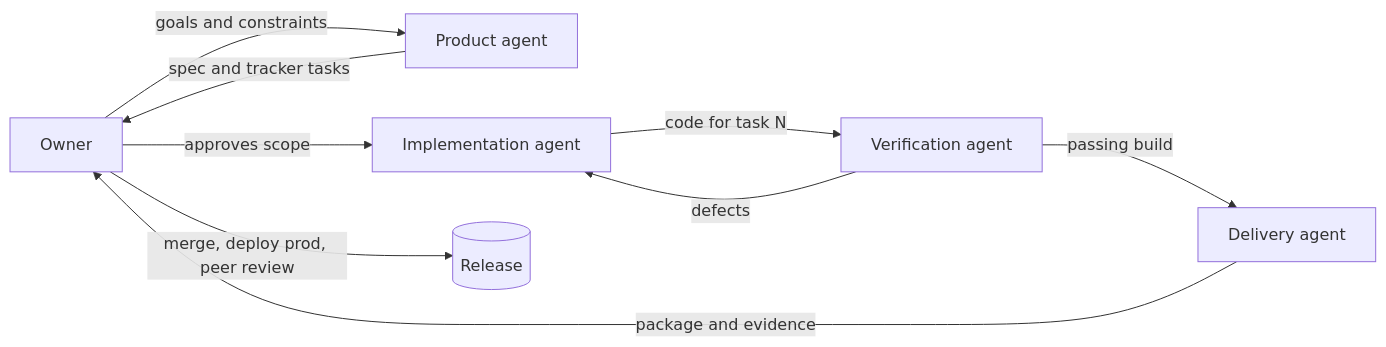
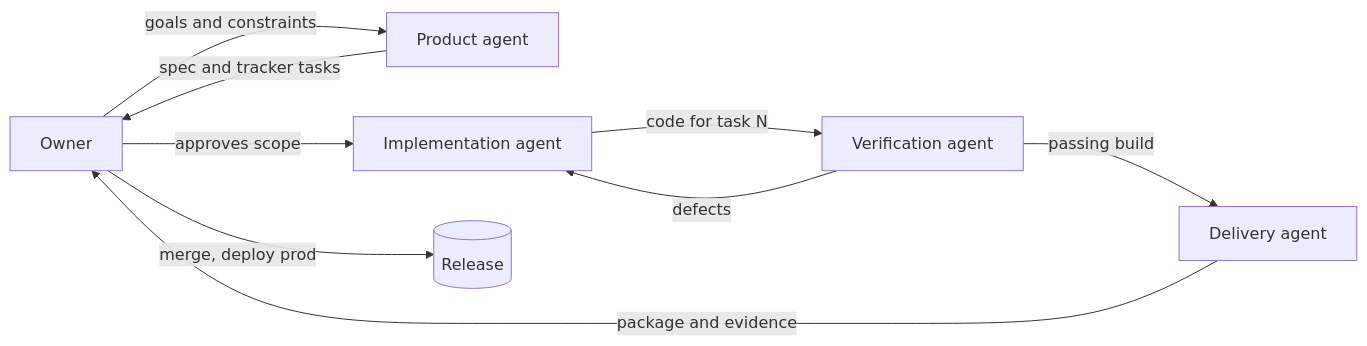
The diagram in docs/agent-team.md (cssaritama/Service-Recovery-Lab), drawn with Mermaid before and after one commit. The commit also changed other lines of this file and 8 other files, not shown here.

````diff
--- a/docs/agent-team.md
+++ b/docs/agent-team.md
@@ -19,11 +19,11 @@
 ```mermaid
 flowchart LR
   O[Owner] -->|goals and constraints| P[Product agent]
   P -->|spec and tracker tasks| O
   O -->|approves scope| I[Implementation agent]
   I -->|code for task N| V[Verification agent]
   V -->|defects| I
   V -->|passing build| D[Delivery agent]
   D -->|package and evidence| O
-  O -->|merge, deploy prod, peer review| R[(Release)]
+  O -->|merge, deploy prod| R[(Release)]
 ```
````
